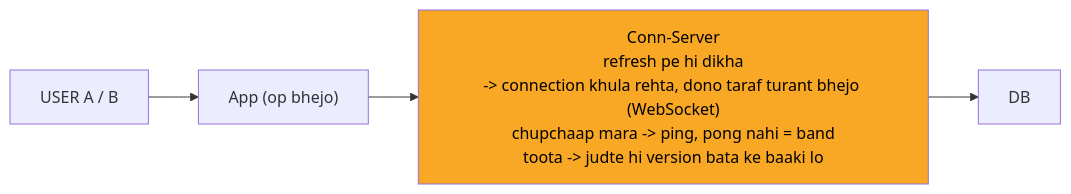
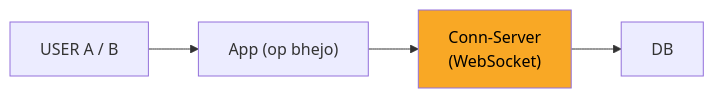
Before and after one commit to ArpanMaheshwari144/Prep: the diagram in 04_HLD/SYSTEM_DESIGNS/11_google_docs_collab/img/c2.mmd, drawn with Mermaid. The commit also changed 156 other files, not shown here.

```diff
--- a/04_HLD/SYSTEM_DESIGNS/11_google_docs_collab/img/c2.mmd
+++ b/04_HLD/SYSTEM_DESIGNS/11_google_docs_collab/img/c2.mmd
@@ -1,10 +1,10 @@
 %%{init: {"flowchart": {"wrappingWidth": 450}}}%%
 flowchart LR
     n_USER["USER A / B"]
     n_App["App (op bhejo)"]
-    n_CS["Conn-Server<br/>refresh pe hi dikha<br/>-> connection khula rehta, dono taraf turant bhejo (WebSocket)<br/>chupchaap mara -> ping, pong nahi = band<br/>toota -> judte hi version bata ke baaki lo"]
+    n_CS["Conn-Server<br/>(WebSocket)"]
     n_DB["DB"]
     n_USER --> n_App
     n_App --> n_CS
     n_CS --> n_DB
     style n_CS fill:#f9a825,color:#000
```
